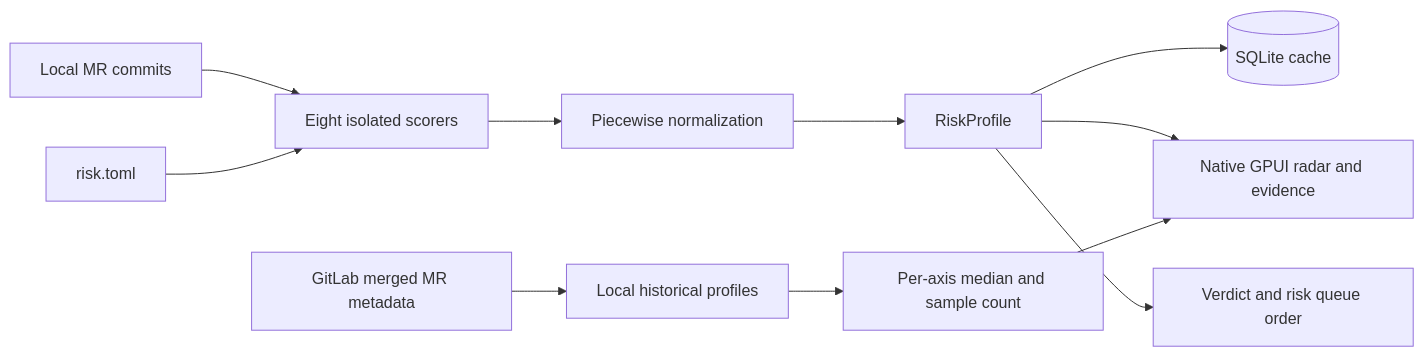
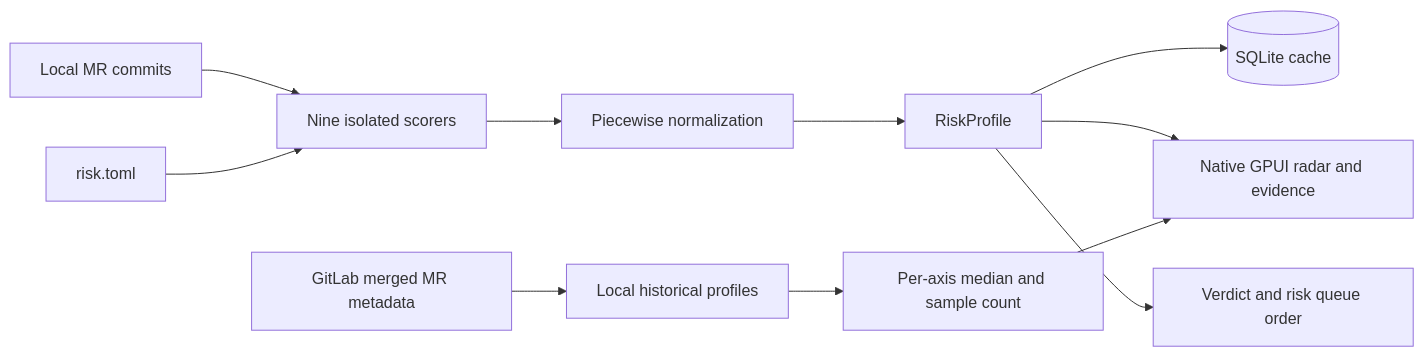
Before and after one commit to kwop/mr.de: the diagram in docs/risk.md, drawn with Mermaid. The commit also changed other lines of this file and 33 other files, not shown here.

````diff
--- a/docs/risk.md
+++ b/docs/risk.md
@@ -162,13 +186,13 @@
 ```mermaid
 flowchart LR
-  WT[Local MR commits] --> S[Eight isolated scorers]
+  WT[Local MR commits] --> S[Nine isolated scorers]
   CFG[risk.toml] --> S
   S --> N[Piecewise normalization]
   N --> P[RiskProfile]
   P --> DB[(SQLite cache)]
   H[GitLab merged MR metadata] --> B[Local historical profiles]
   B --> M[Per-axis median and sample count]
   P --> R[Native GPUI radar and evidence]
   M --> R
   P --> Q[Verdict and risk queue order]
 ```
````
